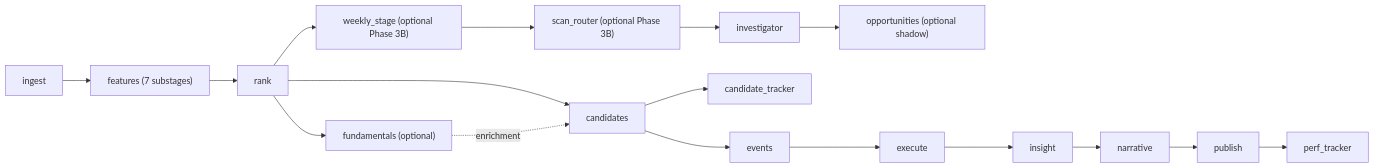
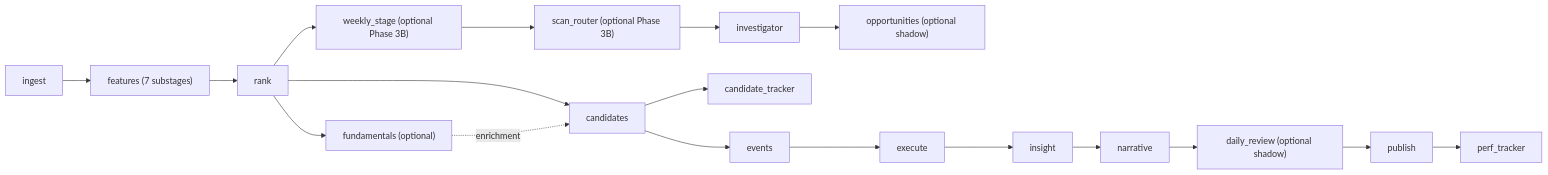
The diagram in docs/architecture/operational_data_flow.md (prashantsirohi/ai-trading-system), drawn with Mermaid before and after one commit. The commit also changed other lines of this file and 24 other files, not shown here.

Commit message:
Consolidate daily shadow review across discovery lanes

````diff
--- a/docs/architecture/operational_data_flow.md
+++ b/docs/architecture/operational_data_flow.md
@@ -46,19 +46,20 @@
 ```mermaid
 flowchart LR
     I["ingest"] --> F["features (7 substages)"]
     F --> R["rank"]
     R --> W["weekly_stage (optional Phase 3B)"]
     W --> SR["scan_router (optional Phase 3B)"]
     SR --> V["investigator"]
     V --> O["opportunities (optional shadow)"]
     R --> U["fundamentals (optional)"]
     R --> C["candidates"]
     U -. "enrichment" .-> C
     C --> T["candidate_tracker"]
     C --> E["events"]
     E --> X["execute"]
     X --> S["insight"]
     S --> N["narrative"]
-    N --> P["publish"]
+    N --> DR["daily_review (optional shadow)"]
+    DR --> P["publish"]
     P --> Q["perf_tracker"]
 ```
````
